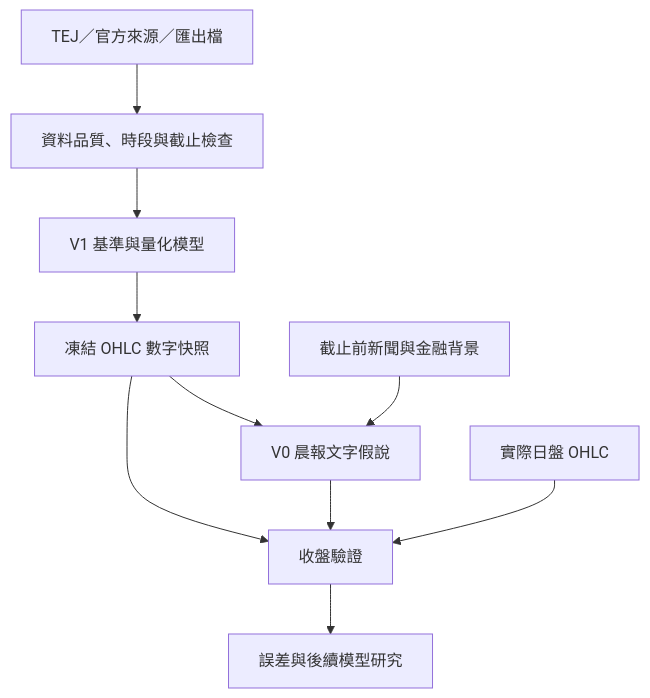
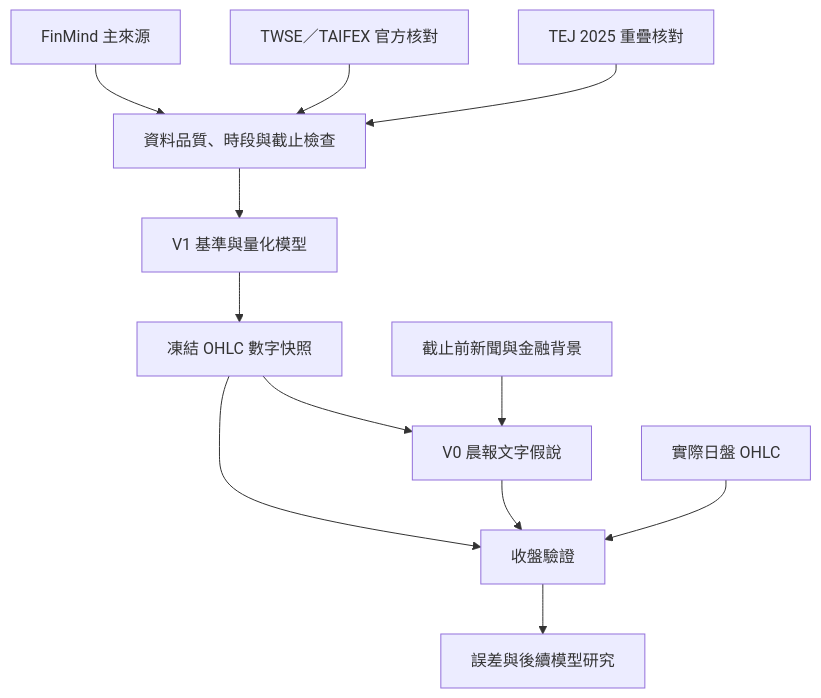
The diagram in README.md (fu06pi/tw-market-scenario-engine), drawn with Mermaid before and after one commit. The commit also changed other lines of this file and 41 other files, not shown here.

````diff
--- a/README.md
+++ b/README.md
@@ -22,12 +22,14 @@
 ```mermaid
 flowchart TD
-    A["TEJ／官方來源／匯出檔"] --> B["資料品質、時段與截止檢查"]
+    A["FinMind 主來源"] --> B["資料品質、時段與截止檢查"]
+    O["TWSE／TAIFEX 官方核對"] --> B
+    T["TEJ 2025 重疊核對"] --> B
     B --> C["V1 基準與量化模型"]
     C --> D["凍結 OHLC 數字快照"]
     D --> E["V0 晨報文字假說"]
     N["截止前新聞與金融背景"] --> E
     D --> F["收盤驗證"]
     E --> F
     R["實際日盤 OHLC"] --> F
     F --> G["誤差與後續模型研究"]
 ```
````
